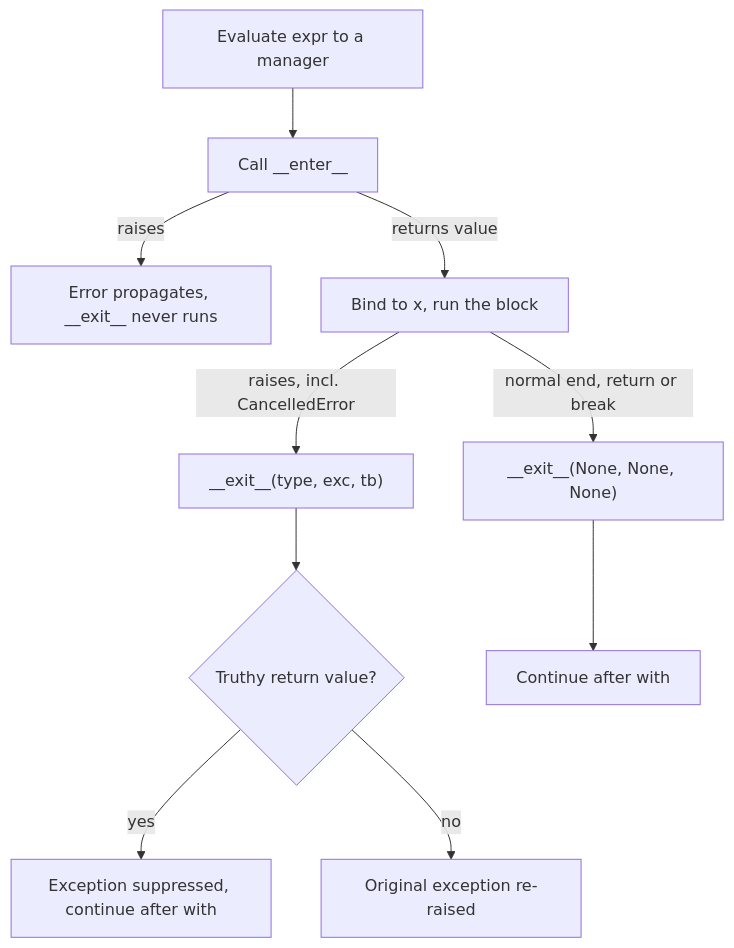
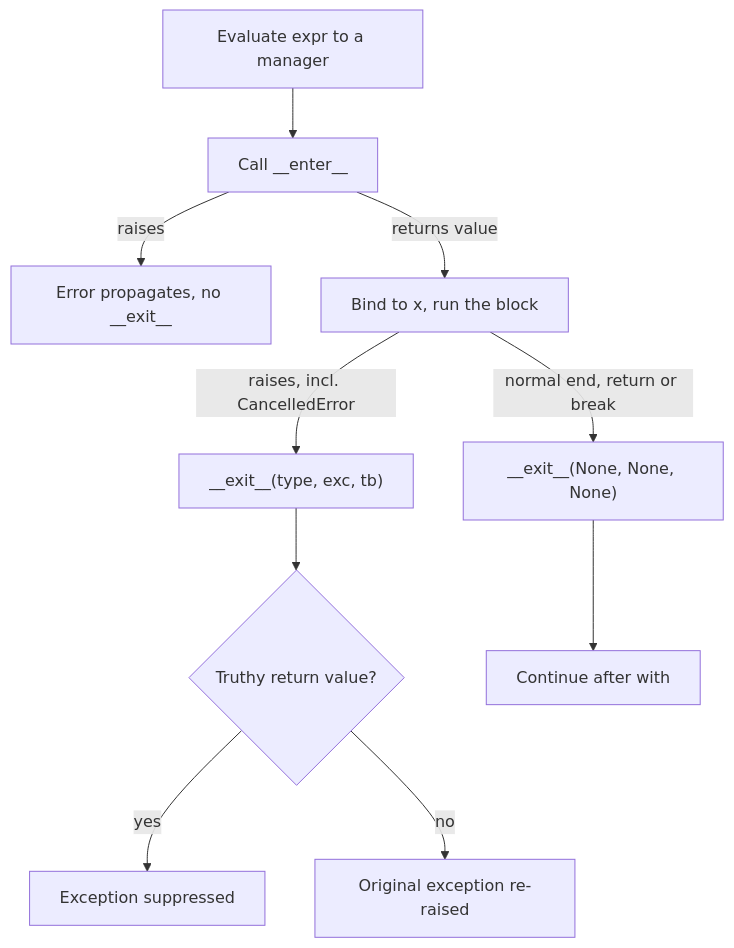
Before and after one commit to lovishmahajan97/agentic-learning: the diagram in content/python-for-ai/context-managers-resource-cleanup.md, drawn with Mermaid. The commit also changed other lines of this file and 266 other files, not shown here.

````diff
--- a/content/python-for-ai/context-managers-resource-cleanup.md
+++ b/content/python-for-ai/context-managers-resource-cleanup.md
@@ -131,12 +147,12 @@
 ```mermaid
 flowchart TD
     E["Evaluate expr to a manager"] --> EN["Call __enter__"]
-    EN -->|"raises"| P0["Error propagates, __exit__ never runs"]
+    EN -->|"raises"| P0["Error propagates, no __exit__"]
     EN -->|"returns value"| B["Bind to x, run the block"]
     B -->|"normal end, return or break"| X1["__exit__(None, None, None)"]
     B -->|"raises, incl. CancelledError"| X2["__exit__(type, exc, tb)"]
     X2 --> Q{"Truthy return value?"}
-    Q -->|"yes"| S["Exception suppressed, continue after with"]
+    Q -->|"yes"| S["Exception suppressed"]
     Q -->|"no"| P1["Original exception re-raised"]
     X1 --> D["Continue after with"]
 ```
````
